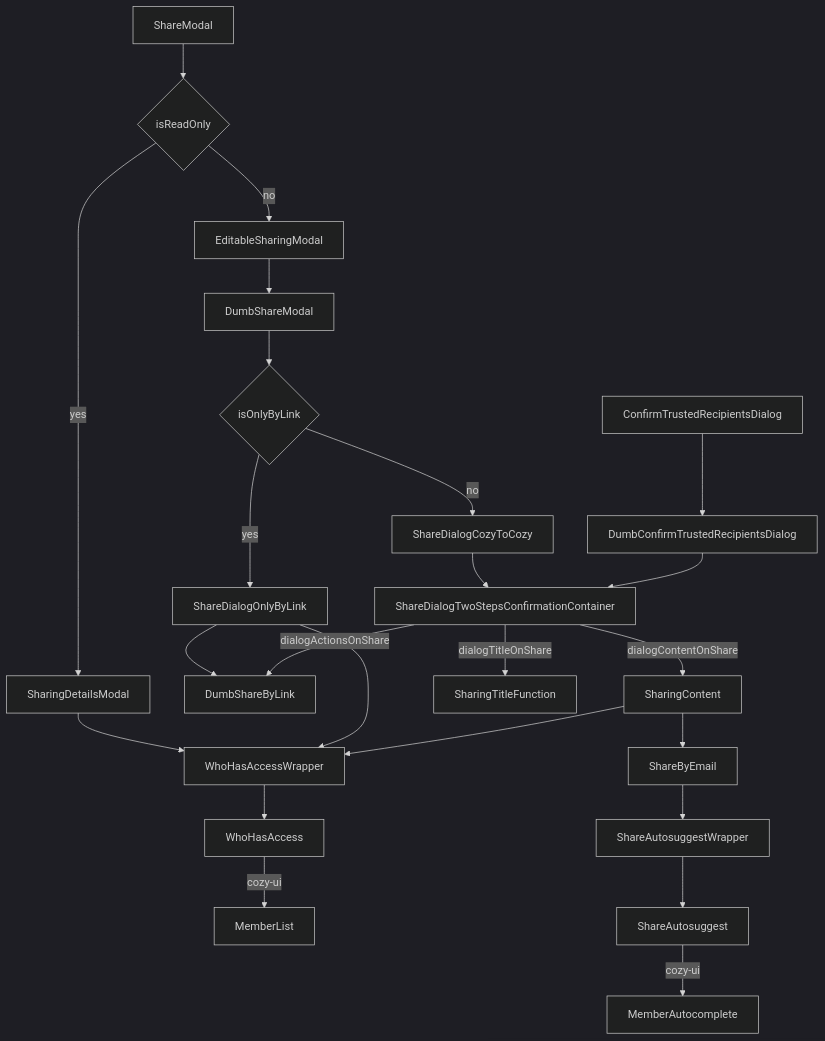
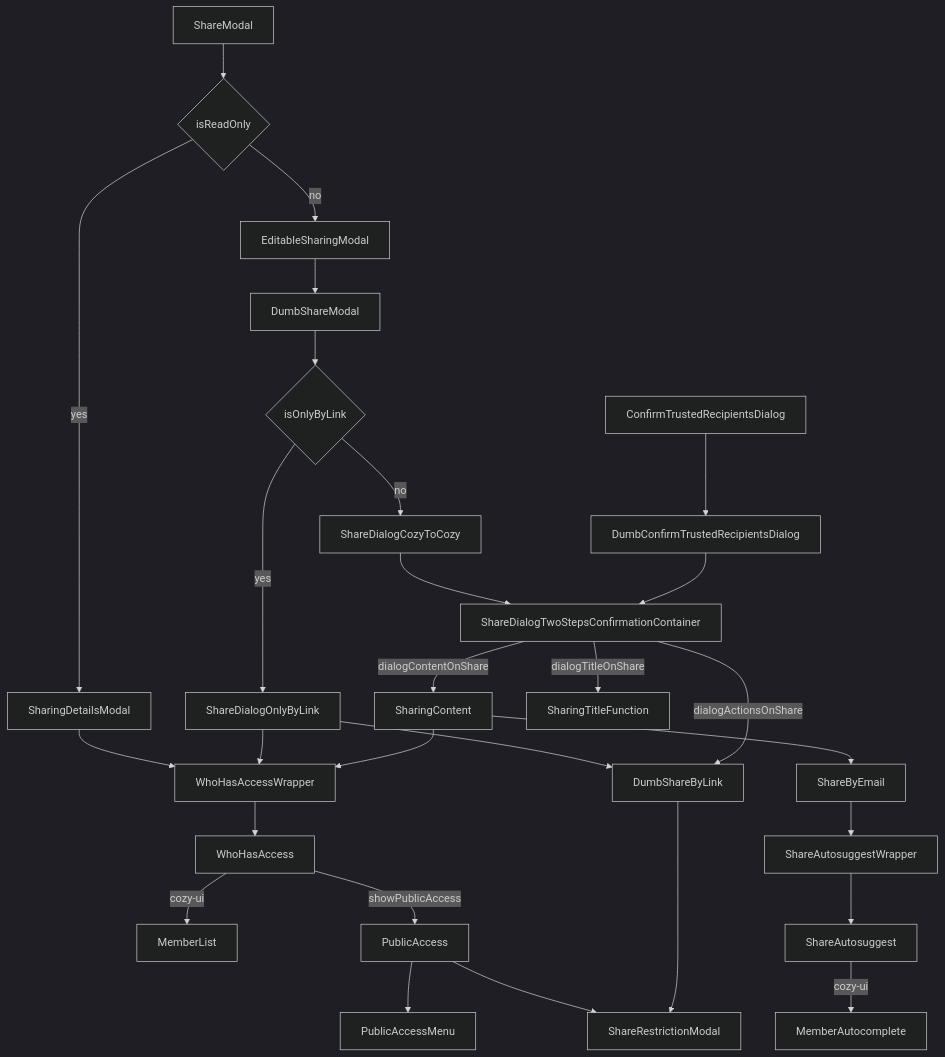
One commit to linagora/cozy-libs changed the first of 2 diagrams in packages/cozy-sharing/docs/share-modal-architecture.md. Above: the diagram before and after it, drawn with Mermaid (dark theme). The commit also changed 36 other files, not shown here.

First line of the commit message:
feat(cozy-sharing): Move the share link to a Public access block

````diff
--- a/packages/cozy-sharing/docs/share-modal-architecture.md
+++ b/packages/cozy-sharing/docs/share-modal-architecture.md
@@ -3,26 +3,30 @@
 ```mermaid
 flowchart TD
     ShareModal --> ShareModalConditions{isReadOnly}
     ShareModalConditions --> |yes| SharingDetailsModal
     ShareModalConditions --> |no| EditableSharingModal
     SharingDetailsModal --> WhoHasAccessWrapper
     EditableSharingModal --> DumbShareModal
     DumbShareModal --> DumbShareModalConditions{isOnlyByLink}
     DumbShareModalConditions --> |yes| ShareDialogOnlyByLink
     DumbShareModalConditions --> |no| ShareDialogCozyToCozy
     ShareDialogOnlyByLink --> WhoHasAccessWrapper
     ShareDialogOnlyByLink --> DumbShareByLink
     ShareDialogCozyToCozy --> ShareDialogTwoStepsConfirmationContainer
     ShareDialogTwoStepsConfirmationContainer --> |dialogContentOnShare|SharingContent
     ShareDialogTwoStepsConfirmationContainer --> |dialogTitleOnShare|SharingTitleFunction
     ShareDialogTwoStepsConfirmationContainer --> |dialogActionsOnShare|DumbShareByLink
     SharingContent --> WhoHasAccessWrapper
     WhoHasAccessWrapper --> WhoHasAccess
     WhoHasAccess --> |cozy-ui|MemberList
+    WhoHasAccess --> |showPublicAccess|PublicAccess
+    PublicAccess --> PublicAccessMenu
+    PublicAccess --> ShareRestrictionModal
+    DumbShareByLink --> ShareRestrictionModal
     SharingContent --> ShareByEmail
     ConfirmTrustedRecipientsDialog --> DumbConfirmTrustedRecipientsDialog
     DumbConfirmTrustedRecipientsDialog --> ShareDialogTwoStepsConfirmationContainer
     ShareByEmail --> ShareAutosuggestWrapper
     ShareAutosuggestWrapper --> ShareAutosuggest
     ShareAutosuggest --> |cozy-ui|MemberAutocomplete
 ```
````
